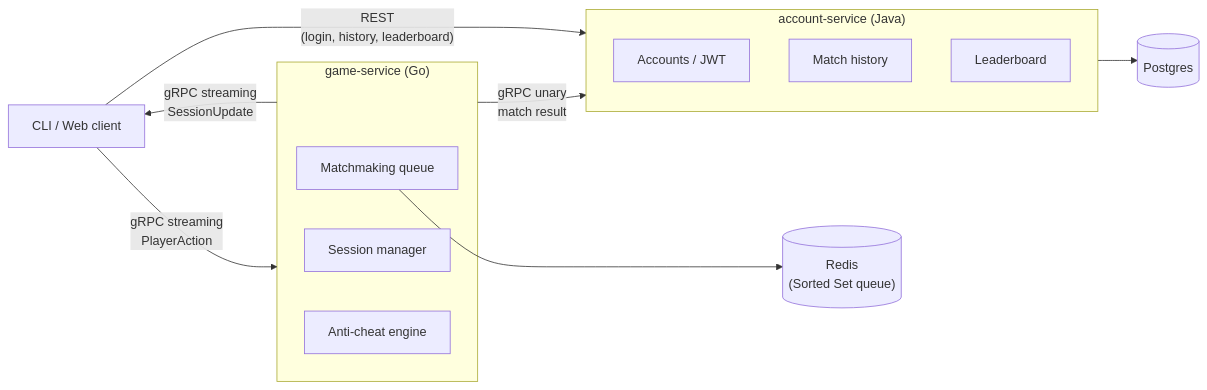
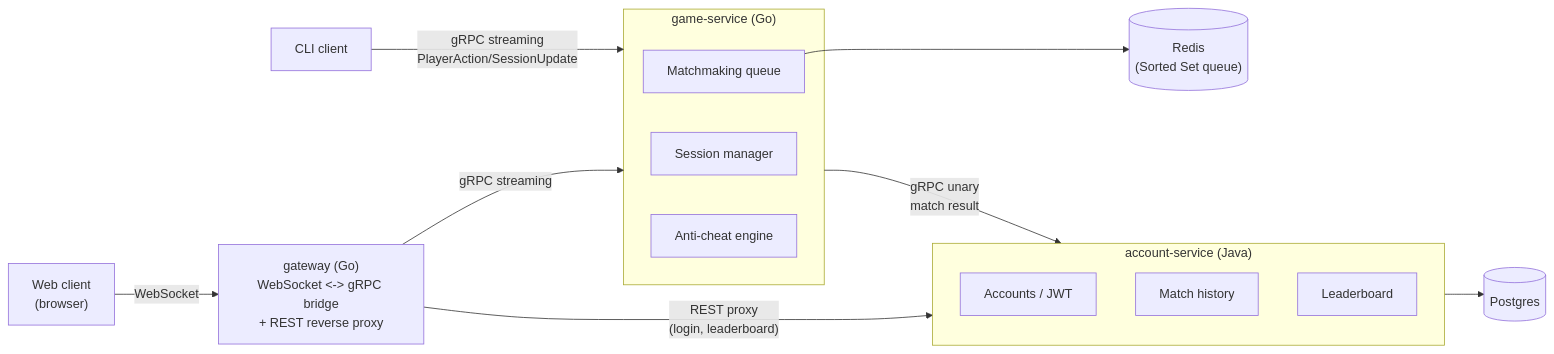
The diagram in README.md (ihsanguldur/match-arena), drawn with Mermaid before and after one commit. The commit also changed other lines of this file and 15 other files, not shown here.

````diff
--- a/README.md
+++ b/README.md
@@ -9,25 +9,29 @@
 ```mermaid
 flowchart LR
-    Client["CLI / Web client"]
+    CLI["CLI client"]
+    Web["Web client<br/>(browser)"]
+    GW["gateway (Go)<br/>WebSocket <-> gRPC bridge<br/>+ REST reverse proxy"]
 
     subgraph GS["game-service (Go)"]
         MM["Matchmaking queue"]
         SM["Session manager"]
         AC["Anti-cheat engine"]
     end
 
     subgraph AS["account-service (Java)"]
         Auth["Accounts / JWT"]
         Hist["Match history"]
         LB["Leaderboard"]
     end
 
     Redis[("Redis<br/>(Sorted Set queue)")]
     PG[("Postgres")]
-    Client -- " gRPC streaming<br/>PlayerAction " --> GS
-    GS -- " gRPC streaming<br/>SessionUpdate " --> Client
+
+    CLI -- " gRPC streaming<br/>PlayerAction/SessionUpdate " --> GS
+    Web -- " WebSocket " --> GW
+    GW -- " gRPC streaming " --> GS
+    GW -- " REST proxy<br/>(login, leaderboard) " --> AS
     MM --> Redis
     GS -- " gRPC unary<br/>match result " --> AS
     AS --> PG
-    Client -- " REST<br/>(login, history, leaderboard) " --> AS
 ```
````
